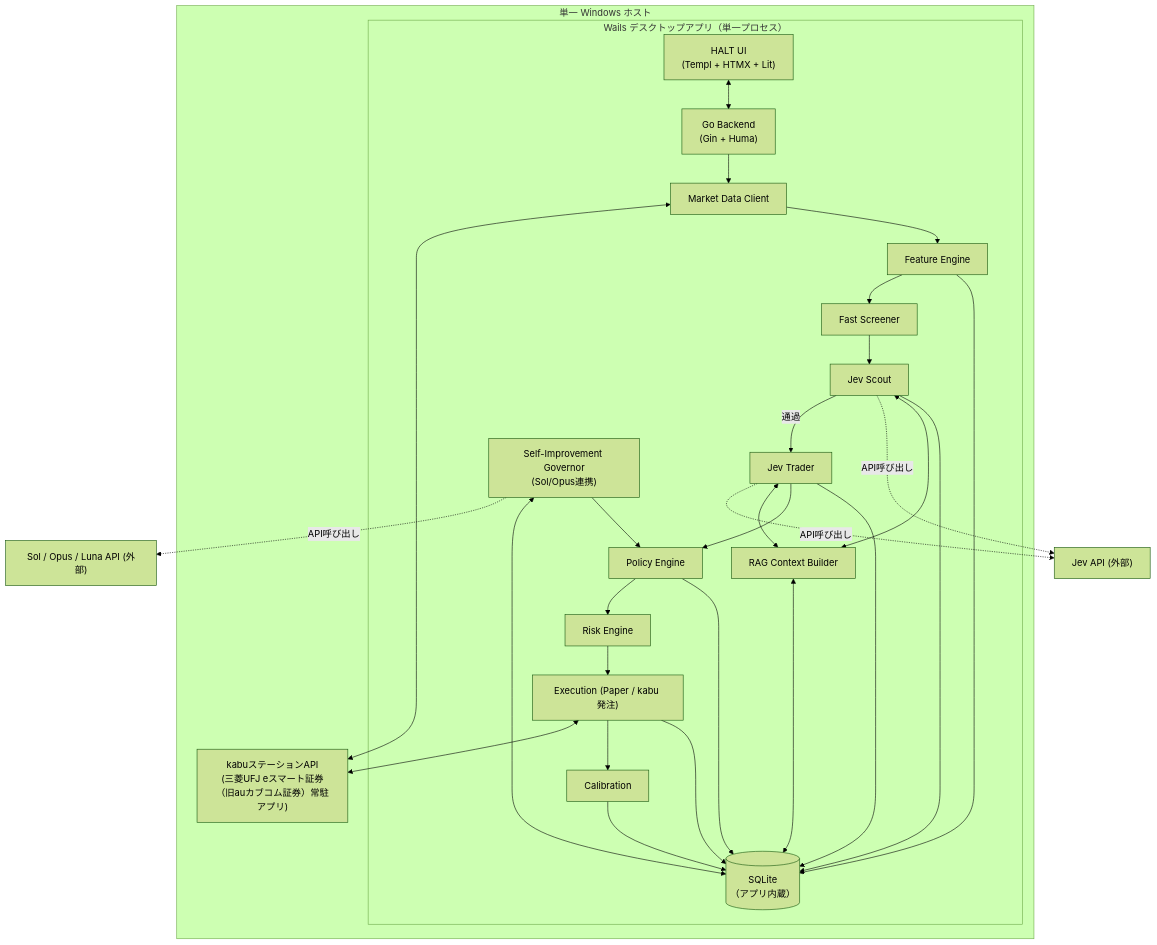
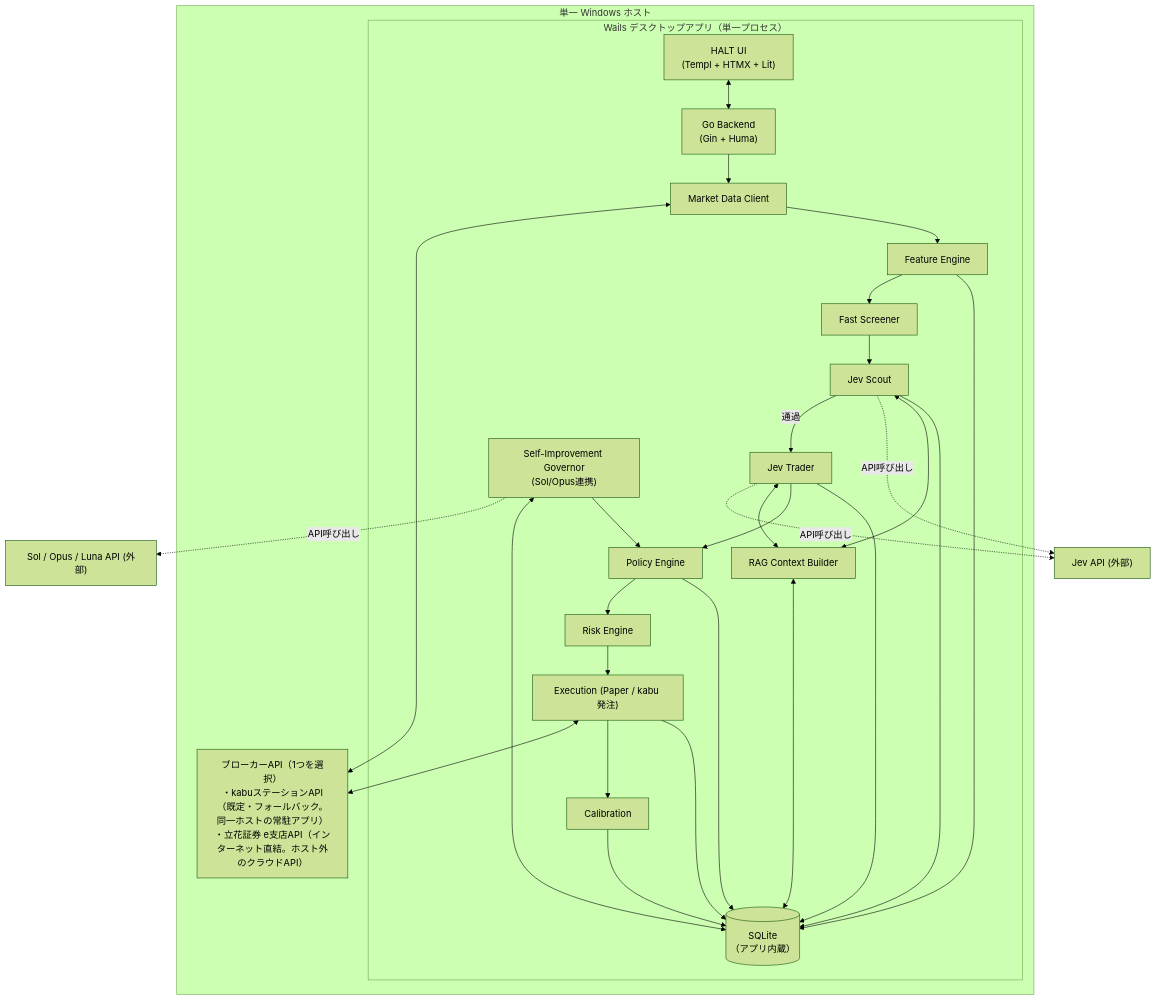
Before and after one commit to ousiassllc/pitha-trador: the diagram in docs/overview.md, drawn with Mermaid (forest theme). The commit also changed other lines of this file and 10 other files, not shown here.

````diff
--- a/docs/overview.md
+++ b/docs/overview.md
@@ -51,47 +51,47 @@
 ```mermaid
 graph TD
     subgraph Host["単一 Windows ホスト"]
         subgraph Wails["Wails デスクトップアプリ（単一プロセス）"]
             UI["HALT UI\n(Templ + HTMX + Lit)"]
             API["Go Backend\n(Gin + Huma)"]
             MD["Market Data Client"]
             FE["Feature Engine"]
             FS["Fast Screener"]
             JS["Jev Scout"]
             JT["Jev Trader"]
             PE["Policy Engine"]
             RE["Risk Engine"]
             EX["Execution (Paper / kabu 発注)"]
             CAL["Calibration"]
             RAG["RAG Context Builder"]
             SOL_GOV["Self-Improvement Governor\n(Sol/Opus連携)"]
             DB[("SQLite\n（アプリ内蔵）")]
         end
-        KABU["kabuステーションAPI\n(三菱UFJ eスマート証券（旧auカブコム証券）常駐アプリ)"]
+        BROKER["ブローカーAPI（1つを選択）\n・kabuステーションAPI（既定・フォールバック。同一ホストの常駐アプリ）\n・立花証券 e支店API（インターネット直結。ホスト外のクラウドAPI）"]
     end
     JEVAPI["Jev API (外部)"]
     SOLAPI["Sol / Opus / Luna API (外部)"]
 
     UI <--> API
     API --> MD
-    MD <--> KABU
+    MD <--> BROKER
     MD --> FE --> FS --> JS
     JS -->|"通過"| JT
     JS -.->|"API呼び出し"| JEVAPI
     JT -.->|"API呼び出し"| JEVAPI
     JS <--> RAG
     JT <--> RAG
     RAG <--> DB
     SOL_GOV -.->|"API呼び出し"| SOLAPI
     SOL_GOV <--> DB
     SOL_GOV --> PE
     JT --> PE --> RE --> EX
-    EX <--> KABU
+    EX <--> BROKER
     EX --> CAL
     CAL --> DB
     FE --> DB
     JS --> DB
     JT --> DB
     PE --> DB
     EX --> DB
 ```
````
